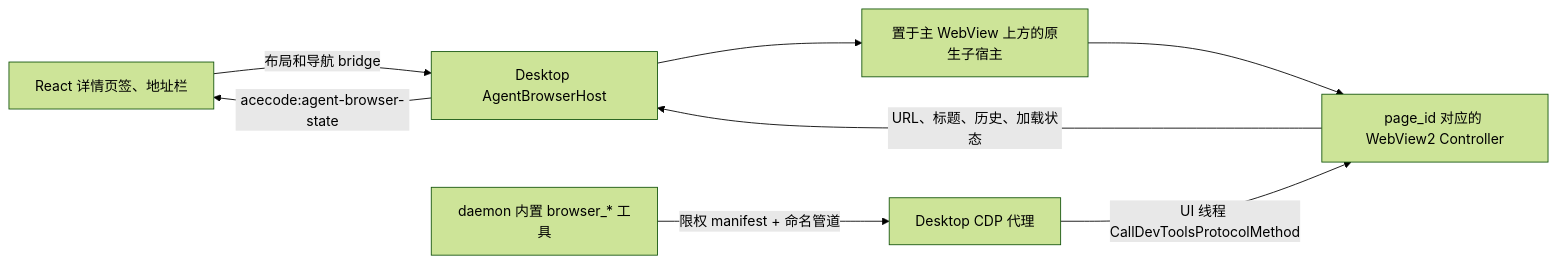
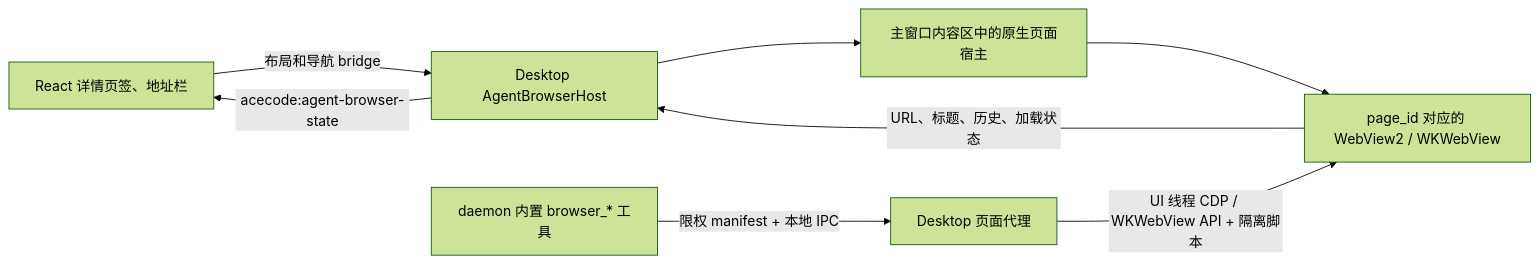
The diagram in docs/agent-browser.md (LIUXIN557/acecode), drawn with Mermaid (forest theme) before and after one commit. The commit also changed other lines of this file and 28 other files, not shown here.

````diff
--- a/docs/agent-browser.md
+++ b/docs/agent-browser.md
@@ -9,10 +9,10 @@
 ```mermaid
 flowchart LR
     UI["React 详情页签、地址栏"] -->|"布局和导航 bridge"| Host["Desktop AgentBrowserHost"]
-    Host --> Widget["置于主 WebView 上方的原生子宿主"]
-    Widget --> View["page_id 对应的 WebView2 Controller"]
-    Tools["daemon 内置 browser_* 工具"] -->|"限权 manifest + 命名管道"| Proxy["Desktop CDP 代理"]
-    Proxy -->|"UI 线程 CallDevToolsProtocolMethod"| View
+    Host --> Widget["主窗口内容区中的原生页面宿主"]
+    Widget --> View["page_id 对应的 WebView2 / WKWebView"]
+    Tools["daemon 内置 browser_* 工具"] -->|"限权 manifest + 本地 IPC"| Proxy["Desktop 页面代理"]
+    Proxy -->|"UI 线程 CDP / WKWebView API + 隔离脚本"| View
     View -->|"URL、标题、历史、加载状态"| Host
     Host -->|"acecode:agent-browser-state"| UI
 ```
````
